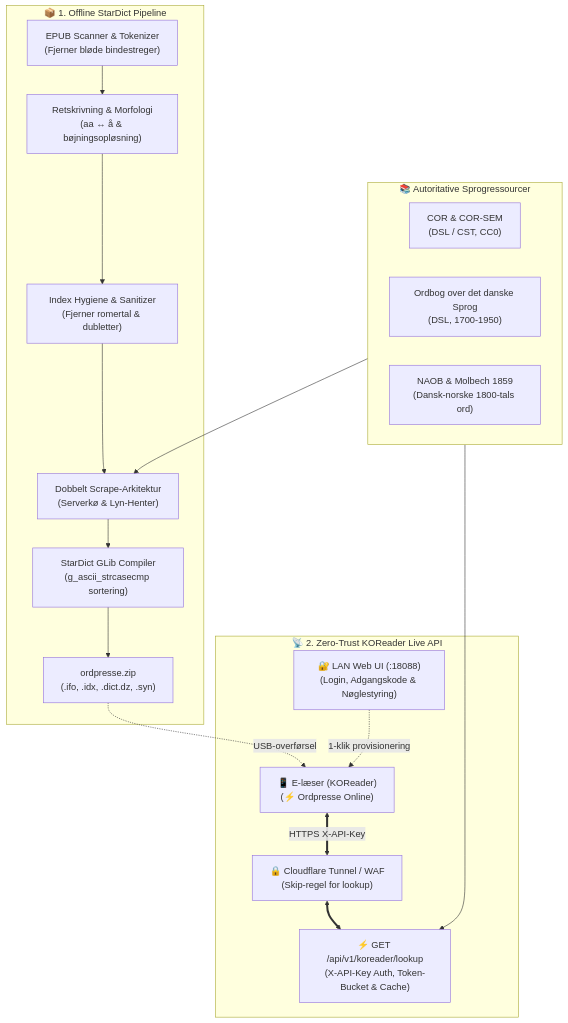
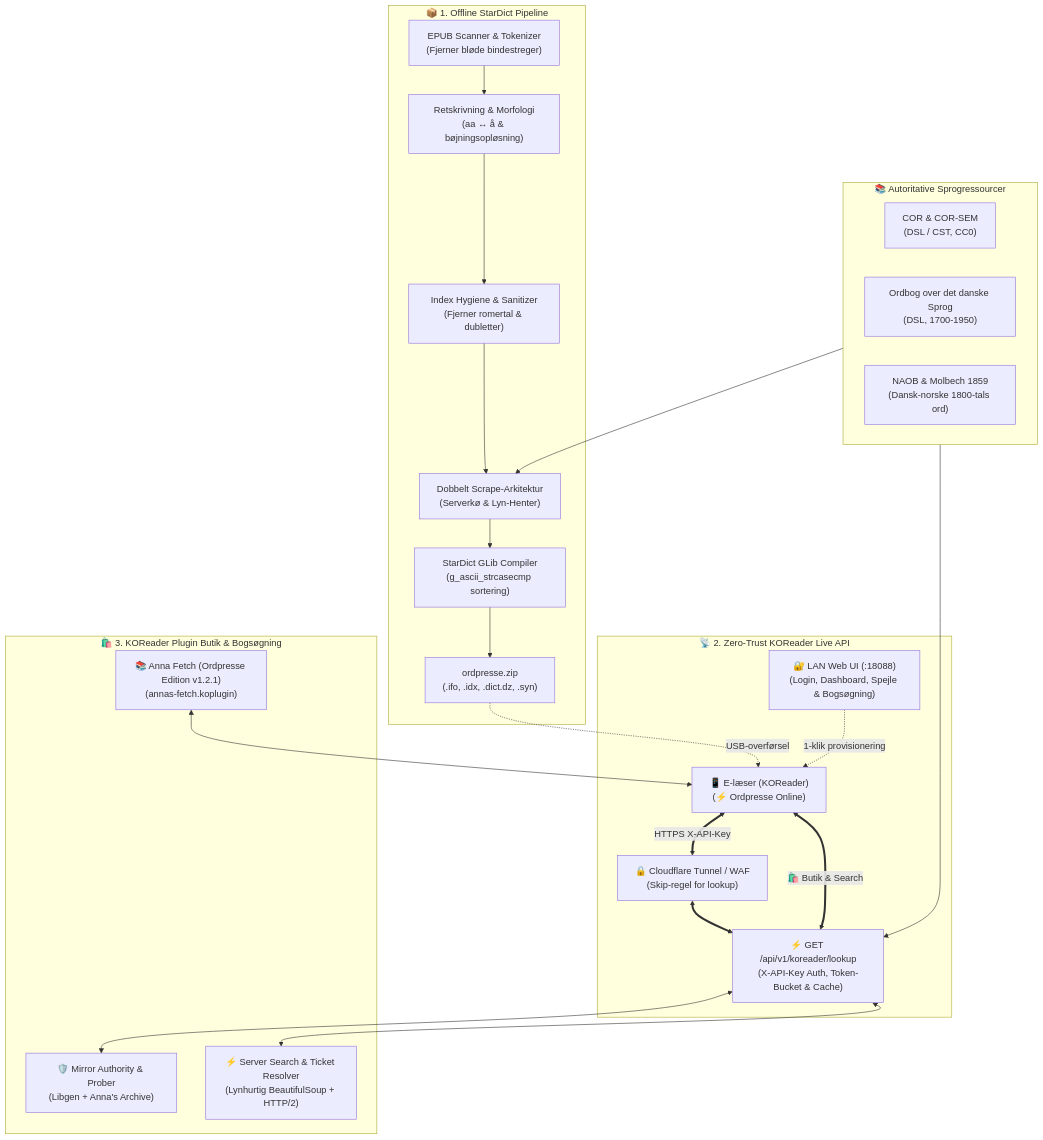
The first of 2 diagrams in README.md (massovercharge/ordpresse), drawn with Mermaid before and after one commit. The commit also changed other lines of this file and 2 other files, not shown here.

Commit message:
docs: update README, Web UI and local deployment docs with Plugin Store & Anna Fetch v1.2.1

````diff
--- a/README.md
+++ b/README.md
@@ -30,31 +30,41 @@
 ```mermaid
 flowchart TD
     subgraph Kilder [📚 Autoritative Sprogressourcer]
         COR["COR & COR-SEM<br/>(DSL / CST, CC0)"]
         ODS["Ordbog over det danske Sprog<br/>(DSL, 1700-1950)"]
         NAOB["NAOB & Molbech 1859<br/>(Dansk-norske 1800-tals ord)"]
     end
 
     subgraph Offline [📦 1. Offline StarDict Pipeline]
         SCAN["EPUB Scanner & Tokenizer<br/>(Fjerner bløde bindestreger)"]
         ORTHO["Retskrivning & Morfologi<br/>(aa ↔ å & bøjningsopløsning)"]
         HYGIENE["Index Hygiene & Sanitizer<br/>(Fjerner romertal & dubletter)"]
         SCRAPE["Dobbelt Scrape-Arkitektur<br/>(Serverkø & Lyn-Henter)"]
         COMPILER["StarDict GLib Compiler<br/>(g_ascii_strcasecmp sortering)"]
         BUNDLE["ordpresse.zip<br/>(.ifo, .idx, .dict.dz, .syn)"]
     end
 
     subgraph Online [📡 2. Zero-Trust KOReader Live API]
         DEVICE["📱 E-læser (KOReader)<br/>(⚡ Ordpresse Online)"]
         TUNNEL["🔒 Cloudflare Tunnel / WAF<br/>(Skip-regel for lookup)"]
         LOOKUP_API["⚡ GET /api/v1/koreader/lookup<br/>(X-API-Key Auth, Token-Bucket & Cache)"]
-        ADMIN_UI["🔐 LAN Web UI (:18088)<br/>(Login, Adgangskode & Nøglestyring)"]
+        ADMIN_UI["🔐 LAN Web UI (:18088)<br/>(Login, Dashboard, Spejle & Bogsøgning)"]
+    end
+
+    subgraph Store [🛍️ 3. KOReader Plugin Butik & Bogsøgning]
+        ANNAS_FETCH["📚 Anna Fetch (Ordpresse Edition v1.2.1)<br/>(annas-fetch.koplugin)"]
+        PROBER["🛡️ Mirror Authority & Prober<br/>(Libgen + Anna's Archive)"]
+        SERVER_SEARCH["⚡ Server Search & Ticket Resolver<br/>(Lynhurtig BeautifulSoup + HTTP/2)"]
     end
 
     SCAN --> ORTHO --> HYGIENE --> SCRAPE --> COMPILER --> BUNDLE
     Kilder --> SCRAPE
     Kilder --> LOOKUP_API
     BUNDLE -.->|USB-overførsel| DEVICE
     DEVICE <==>|HTTPS X-API-Key| TUNNEL <==> LOOKUP_API
     ADMIN_UI -.->|1-klik provisionering| DEVICE
+    LOOKUP_API <--> PROBER
+    LOOKUP_API <--> SERVER_SEARCH
+    DEVICE <==>|🛍️ Butik & Search| LOOKUP_API
+    ANNAS_FETCH <--> DEVICE
 ```
````
